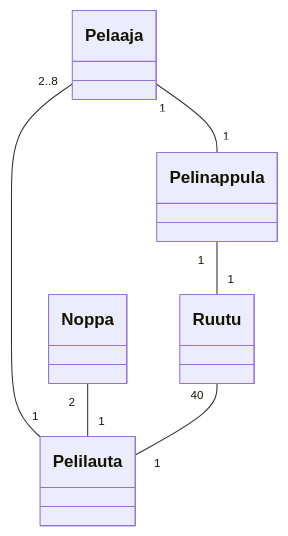
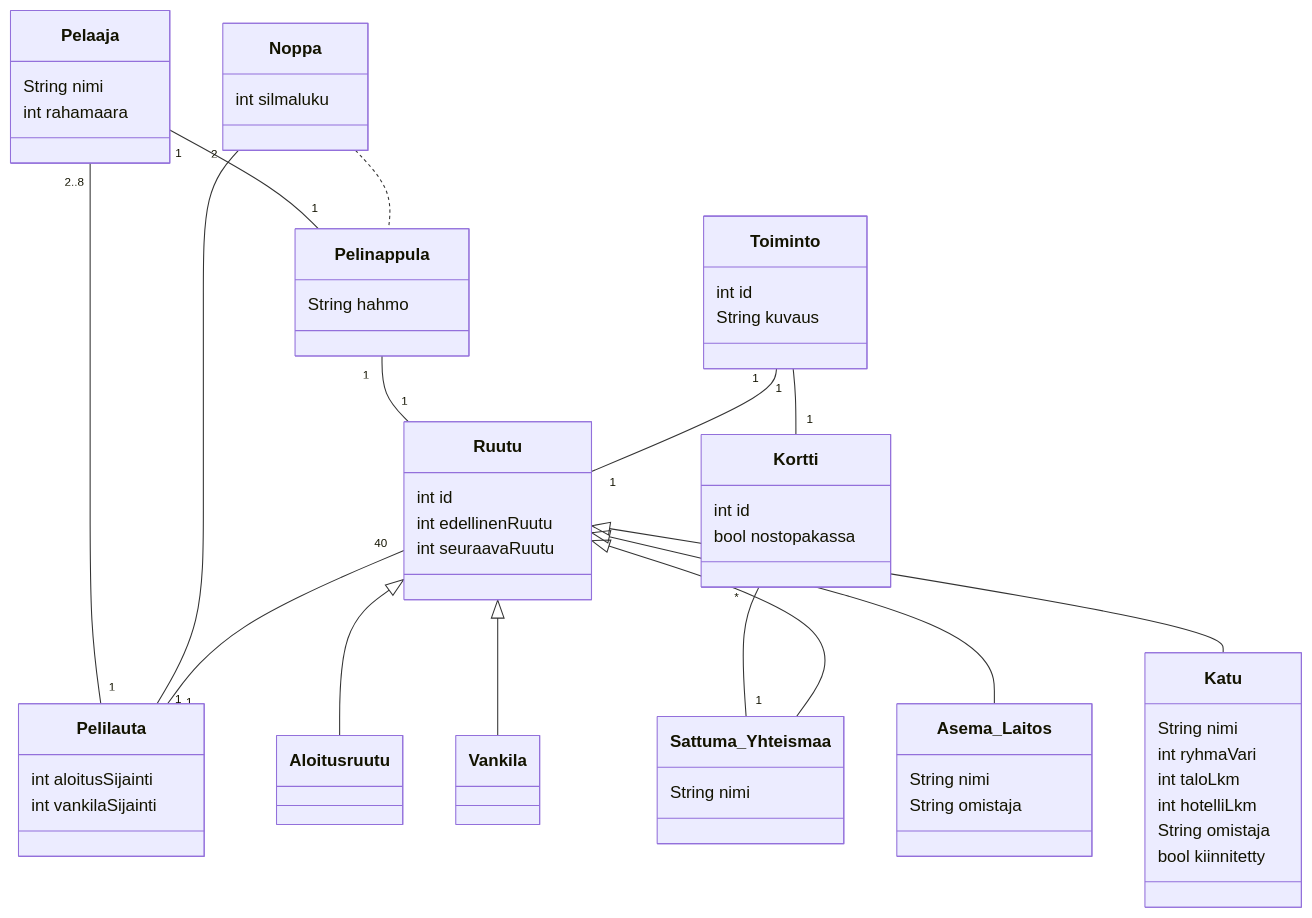
The diagram in laskarit/viikko3/monopoli.md (stalola/ot-harjoitustyo), drawn with Mermaid before and after one commit. The commit also changed other lines of this file, not shown here.

Commit message:
laajennettu Monopoli

````diff
--- a/laskarit/viikko3/monopoli.md
+++ b/laskarit/viikko3/monopoli.md
@@ -12,8 +12,53 @@
 ```mermaid
 classDiagram
 Pelaaja "2..8" -- "1" Pelilauta
 Noppa "2" -- "1" Pelilauta
 Ruutu "40" -- "1" Pelilauta
 Pelaaja "1" -- "1" Pelinappula
 Pelinappula "1" -- "1" Ruutu
+Kortti "*" -- "1" Sattuma_Yhteismaa
+Toiminto "1" -- "1" Kortti
+Toiminto "1" -- "1" Ruutu
+Ruutu <|-- Aloitusruutu
+Ruutu <|-- Vankila
+Ruutu <|-- Sattuma_Yhteismaa
+Ruutu <|-- Asema_Laitos
+Ruutu <|-- Katu 
+Noppa .. Pelinappula
+class Ruutu{
+    int id
+    int edellinenRuutu
+    int seuraavaRuutu
+}
+class Pelilauta{
+    int aloitusSijainti
+    int vankilaSijainti
+}
+class Pelaaja{
+    String nimi
+    int rahamaara
+}
+class Katu{
+    String nimi
+    int ryhmaVari
+    int taloLkm
+    int hotelliLkm
+    String omistaja
+    bool kiinnitetty
+}
+class Asema_Laitos{
+    String nimi
+    String omistaja
+}
+class Toiminto{
+    int id
+    String kuvaus
+}
+class Kortti{
+    int id
+    bool nostopakassa
+}
+Noppa: int silmaluku
+Pelinappula: String hahmo
+Sattuma_Yhteismaa: String nimi
 ```
````
